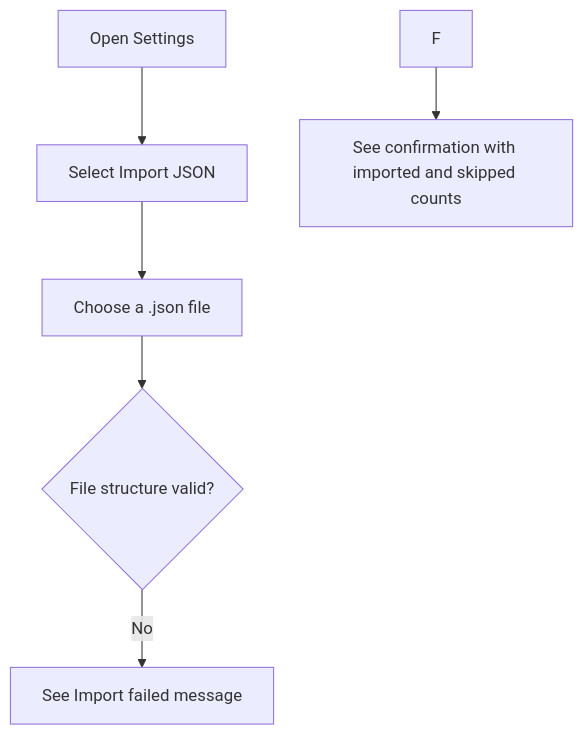
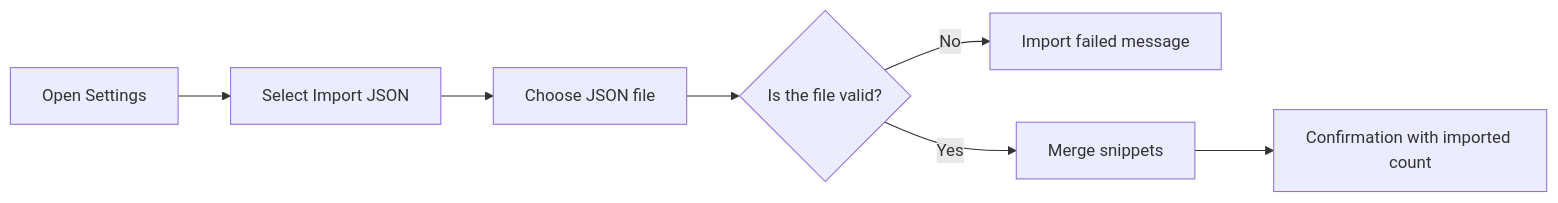
One commit to Mohita111/API2 changed the second of 3 diagrams in api2-documentation/plan_2026-11-02_f8890e/user-facing-docs/import-and-export.md. Above: the diagram before and after it, drawn with Mermaid. The commit also changed other lines of this file and 12 other files, not shown here.

````diff
--- a/api2-documentation/plan_2026-11-02_f8890e/user-facing-docs/import-and-export.md
+++ b/api2-documentation/plan_2026-11-02_f8890e/user-facing-docs/import-and-export.md
@@ -52,8 +65,9 @@
 ```mermaid
-graph TD
-A[Open Settings] --> B[Select Import JSON]
-B --> C["Choose a .json file"]
-C --> D{"File structure valid?"}
-D -- No --> E[See Import failed message]
-F --> G[See confirmation with imported and skipped counts]
+graph LR
+    A[Open Settings] --> B[Select Import JSON]
+    B --> C[Choose JSON file]
+    C --> D{"Is the file valid?"}
+    D -->|No| E[Import failed message]
+    D -->|Yes| F[Merge snippets]
+    F --> G[Confirmation with imported count]
 ```
````
